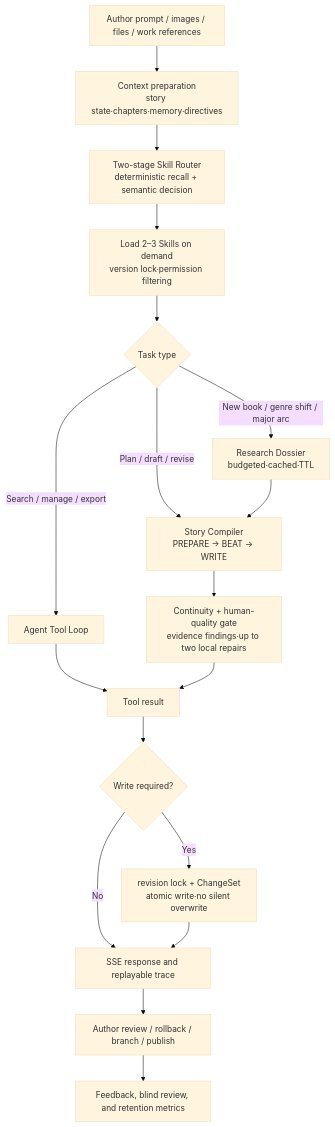
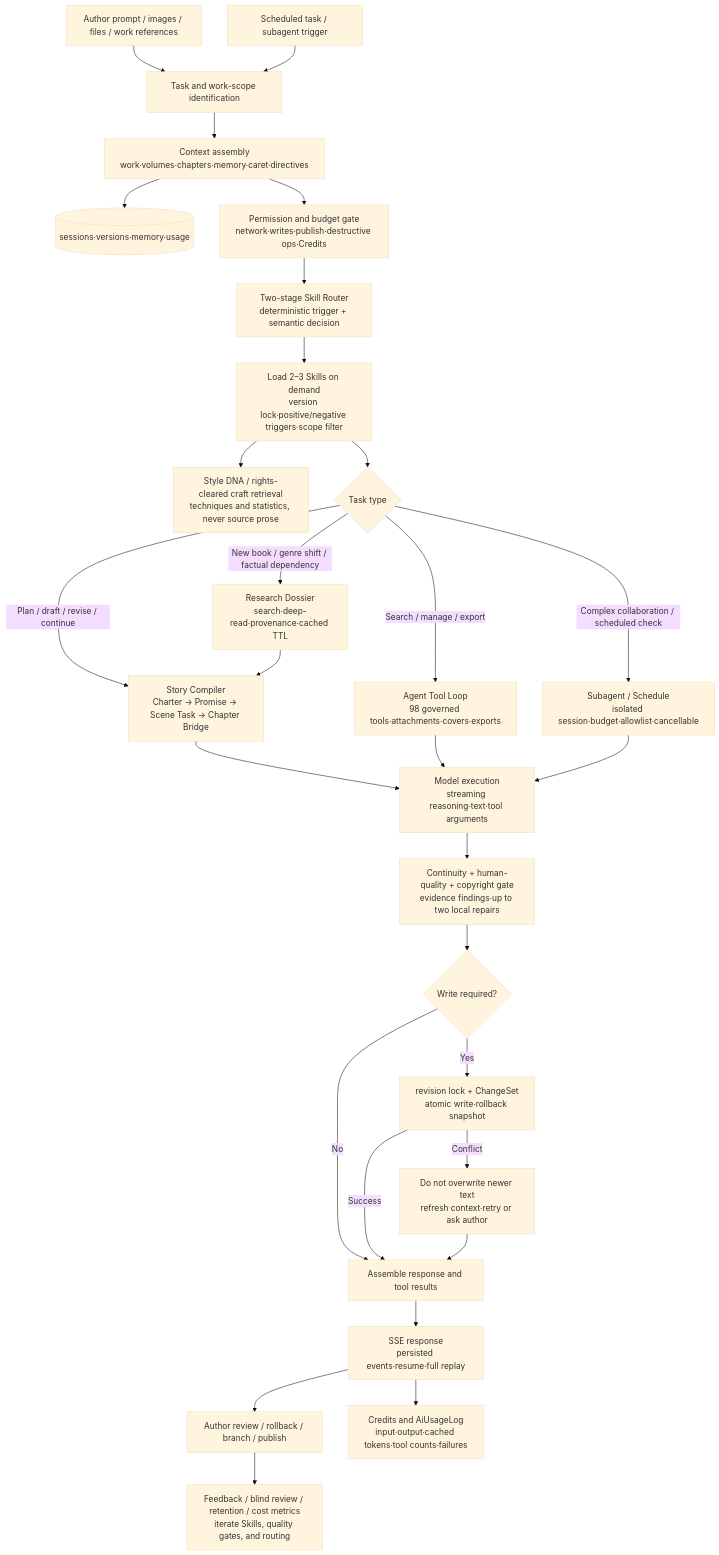
The first of 2 diagrams in README.en.md (Xcy8010/chevoink), drawn with Mermaid (base theme) before and after one commit. The commit also changed other lines of this file and 1 other file, not shown here.

Commit message:
docs: refine Agent 3.0 README flow

````diff
--- a/README.en.md
+++ b/README.en.md
@@ -34,20 +43,31 @@
 ```mermaid
 flowchart TD
-  A[Author prompt / images / files / work references] --> B[Context preparation<br/>story state·chapters·memory·directives]
-  B --> C[Two-stage Skill Router<br/>deterministic recall + semantic decision]
-  C --> D[Load 2–3 Skills on demand<br/>version lock·permission filtering]
-  D --> E{Task type}
-  E -->|New book / genre shift / major arc| F[Research Dossier<br/>budgeted·cached·TTL]
-  E -->|Plan / draft / revise| G[Story Compiler<br/>PREPARE → BEAT → WRITE]
-  E -->|Search / manage / export| H[Agent Tool Loop]
-  F --> G
-  G --> I[Continuity + human-quality gate<br/>evidence findings·up to two local repairs]
-  H --> J[Tool result]
-  I --> J
-  J --> K{Write required?}
-  K -->|No| L[SSE response and replayable trace]
-  K -->|Yes| M[revision lock + ChangeSet<br/>atomic write·no silent overwrite]
-  M --> L
-  L --> N[Author review / rollback / branch / publish]
-  N --> O[Feedback, blind review, and retention metrics]
+  A[Author prompt / images / files / work references] --> B[Task and work-scope identification]
+  T[Scheduled task / subagent trigger] --> B
+  B --> C[Context assembly<br/>work·volumes·chapters·memory·caret·directives]
+  C --> C1[(sessions·versions·memory·usage)]
+  C --> D[Permission and budget gate<br/>network·writes·publish·destructive ops·Credits]
+  D --> E[Two-stage Skill Router<br/>deterministic trigger + semantic decision]
+  E --> F[Load 2–3 Skills on demand<br/>version lock·positive/negative triggers·scope filter]
+  F --> F1[Style DNA / rights-cleared craft retrieval<br/>techniques and statistics, never source prose]
+  F --> G{Task type}
+  G -->|New book / genre shift / factual dependency| H[Research Dossier<br/>search·deep-read·provenance·cached TTL]
+  G -->|Plan / draft / revise / continue| I[Story Compiler<br/>Charter → Promise → Scene Task → Chapter Bridge]
+  G -->|Search / manage / export| J[Agent Tool Loop<br/>98 governed tools·attachments·covers·exports]
+  G -->|Complex collaboration / scheduled check| K[Subagent / Schedule<br/>isolated session·budget·allowlist·cancellable]
+  H --> I
+  I --> L[Model execution<br/>streaming reasoning·text·tool arguments]
+  J --> L
+  K --> L
+  L --> M[Continuity + human-quality + copyright gate<br/>evidence findings·up to two local repairs]
+  M --> N{Write required?}
+  N -->|No| O[Assemble response and tool results]
+  N -->|Yes| P[revision lock + ChangeSet<br/>atomic write·rollback snapshot]
+  P -->|Success| O
+  P -->|Conflict| Q[Do not overwrite newer text<br/>refresh context·retry or ask author]
+  Q --> O
+  O --> R[SSE response<br/>persisted events·resume·full replay]
+  R --> S[Author review / rollback / branch / publish]
+  R --> U[Credits and AiUsageLog<br/>input·output·cached tokens·tool counts·failures]
+  S --> V[Feedback / blind review / retention / cost metrics<br/>iterate Skills, quality gates, and routing]
 ```
````
